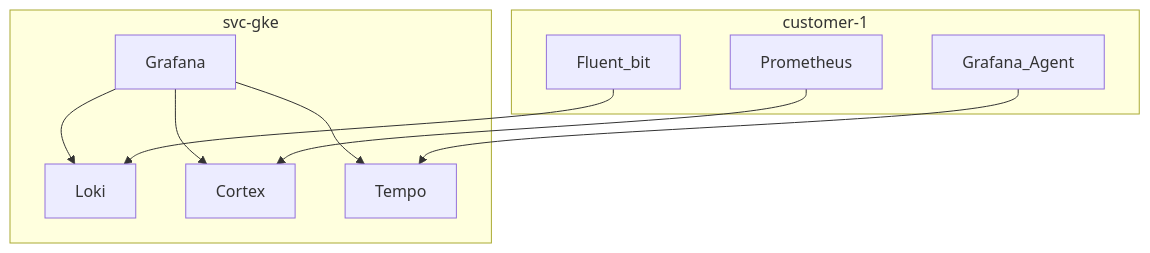
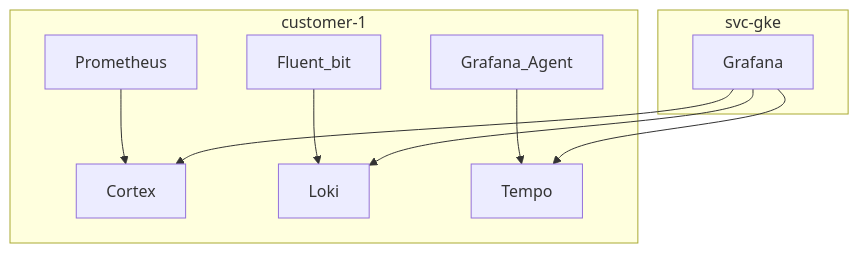
The first of 2 diagrams in diagrams/examples/monitor.md (edwardwu/gitrepo), drawn with Mermaid before and after one commit. The commit also changed other lines of this file, not shown here.

````diff
--- a/diagrams/examples/monitor.md
+++ b/diagrams/examples/monitor.md
@@ -1,13 +1,13 @@
 ```mermaid
 flowchart TB
+    subgraph customer-1
+    Prometheus-->Cortex
+    Fluent_bit-->Loki
+    Grafana_Agent-->Tempo
+    end
     subgraph svc-gke
     Grafana-->Loki
     Grafana-->Cortex
     Grafana-->Tempo
     end
-    subgraph customer-1
-    Prometheus-->Cortex
-    Fluent_bit-->Loki
-    Grafana_Agent-->Tempo
-    end
 ```
````
